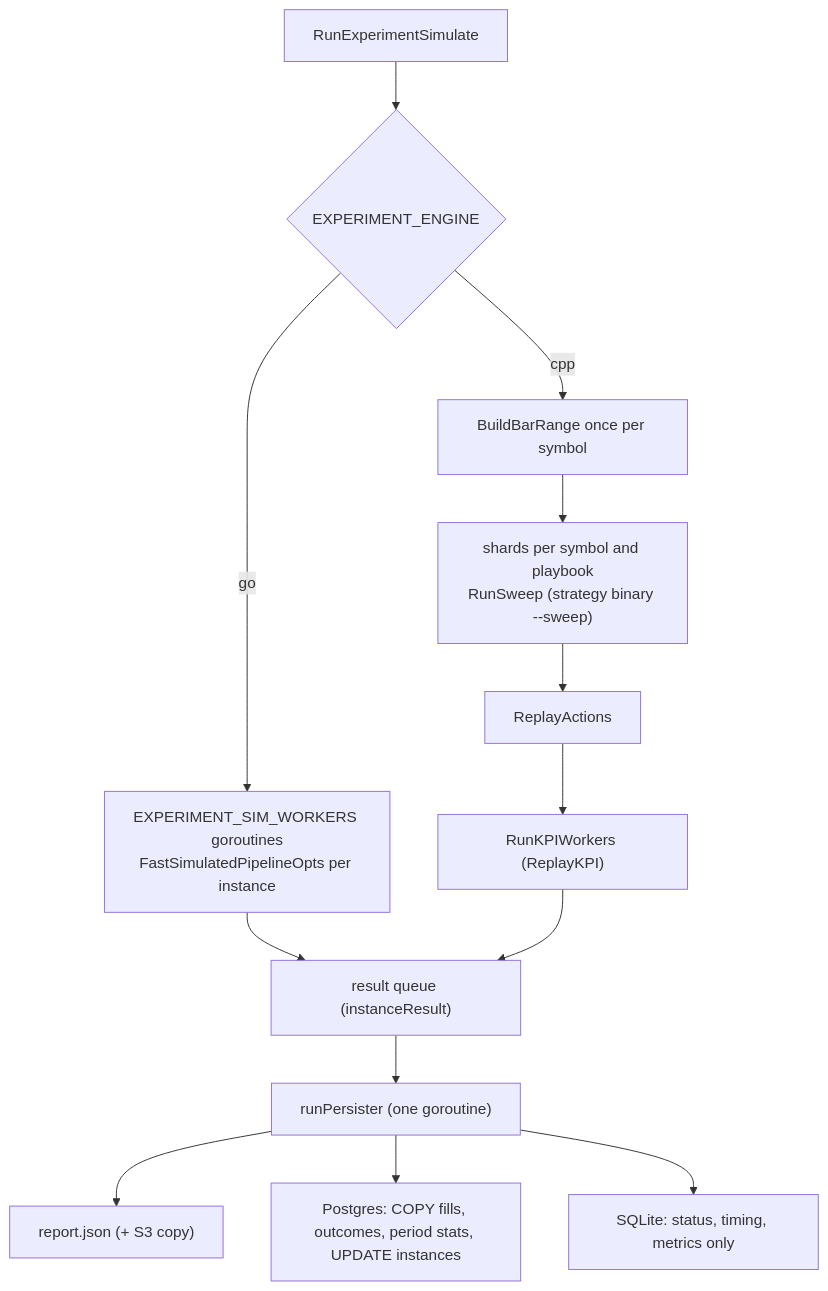
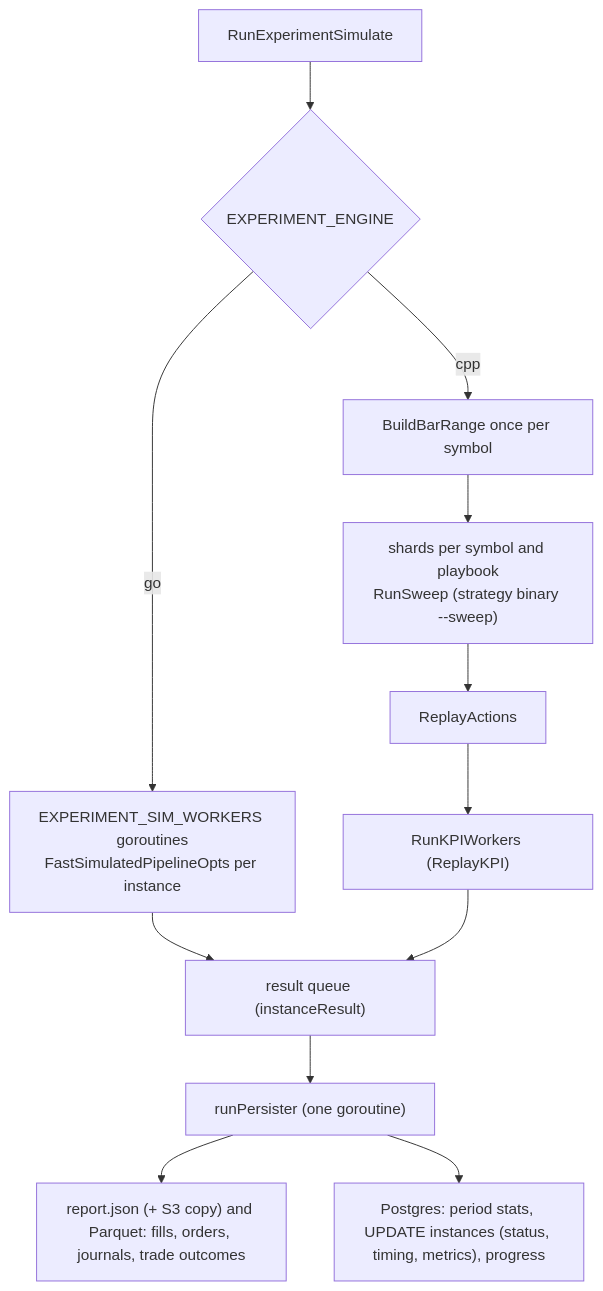
Before and after one commit to MaxBernstetter/dagobert: the second of 4 diagrams in docs/architecture/experiment-data-flow.md, drawn with Mermaid. The commit also changed other lines of this file and 9 other files, not shown here.

First line of the commit message:
[164] Update docs for Parquet instance files and the Postgres-only catalog

````diff
--- a/docs/architecture/experiment-data-flow.md
+++ b/docs/architecture/experiment-data-flow.md
@@ -39,15 +40,14 @@
 ```mermaid
 flowchart TD
     S["RunExperimentSimulate"] --> E{"EXPERIMENT_ENGINE"}
     E -->|go| G["EXPERIMENT_SIM_WORKERS goroutines<br/>FastSimulatedPipelineOpts per instance"]
     E -->|cpp| C1["BuildBarRange once per symbol"]
     C1 --> C2["shards per symbol and playbook<br/>RunSweep (strategy binary --sweep)"]
     C2 --> C3["ReplayActions"]
     C3 --> C4["RunKPIWorkers (ReplayKPI)"]
     G --> Q["result queue (instanceResult)"]
     C4 --> Q
     Q --> PS["runPersister (one goroutine)"]
-    PS --> R["report.json (+ S3 copy)"]
-    PS --> PG["Postgres: COPY fills, outcomes, period stats, UPDATE instances"]
-    PS --> SQ["SQLite: status, timing, metrics only"]
+    PS --> R["report.json (+ S3 copy) and Parquet: fills, orders, journals, trade outcomes"]
+    PS --> PG["Postgres: period stats, UPDATE instances (status, timing, metrics), progress"]
 ```
````
